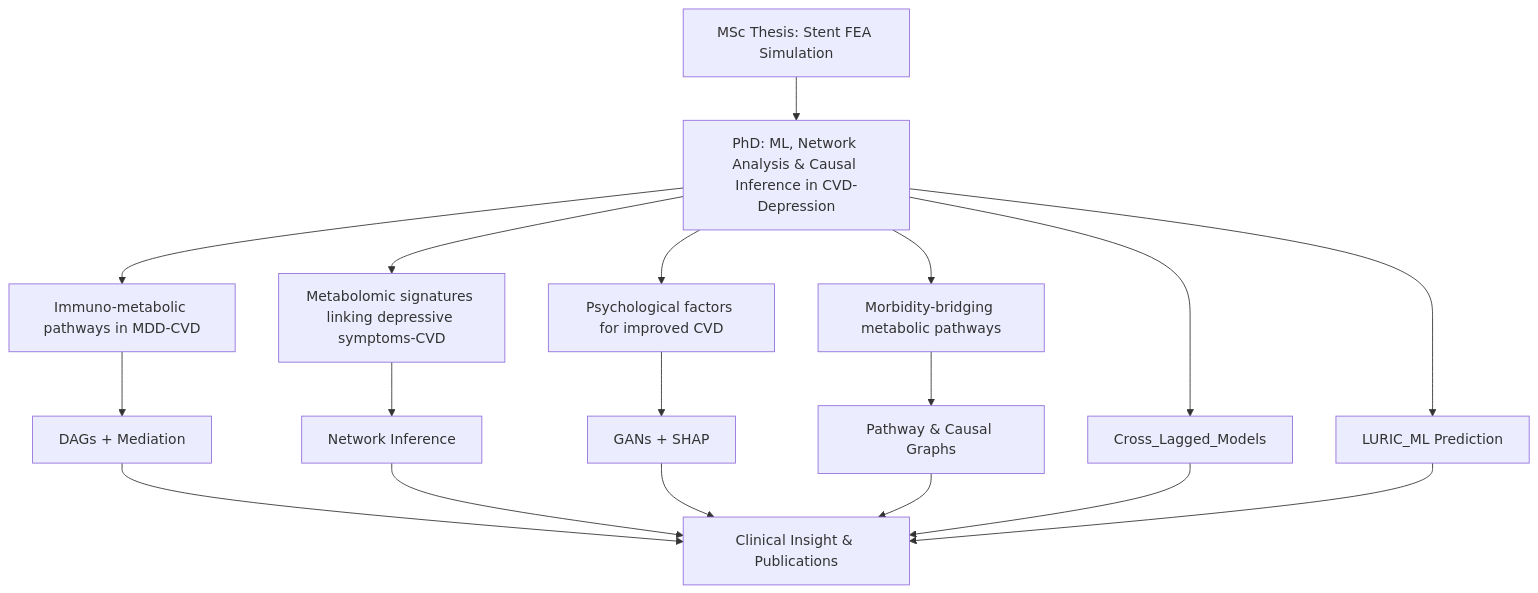
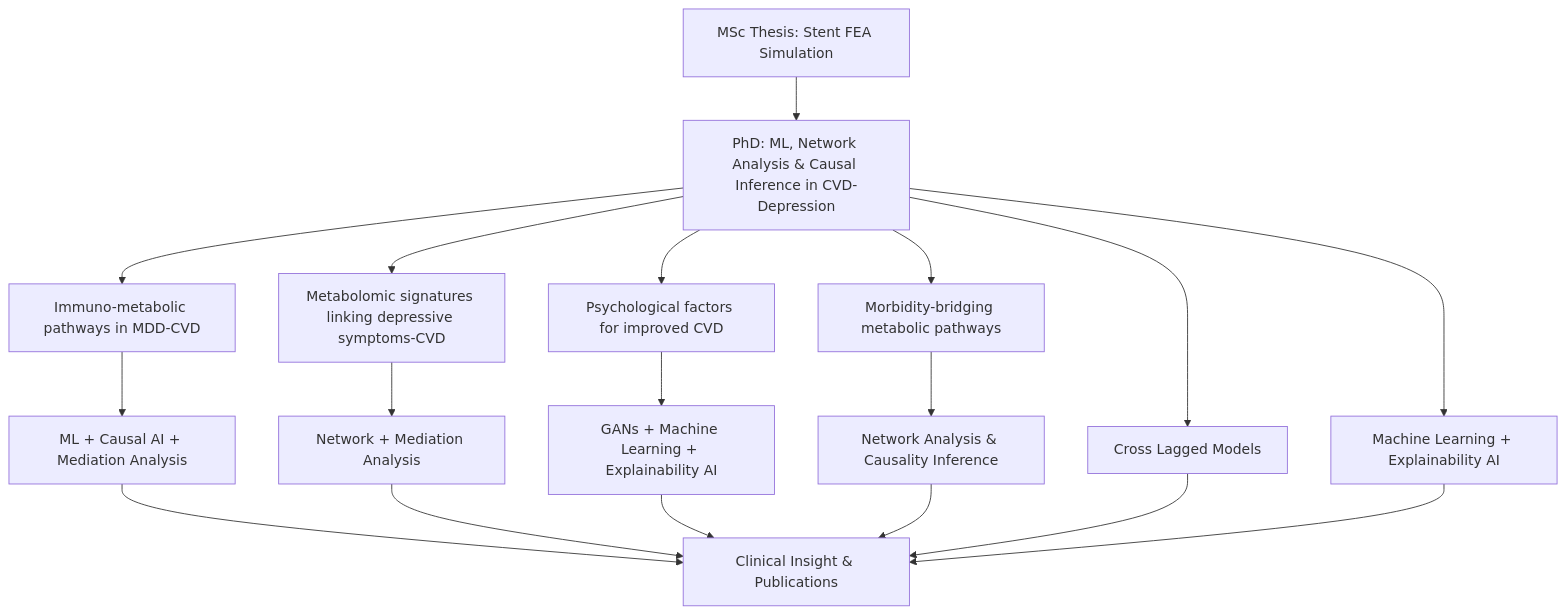
Before and after one commit to AngelaKoloi/Biomedical-Data-Science-Research: the diagram in README.md, drawn with Mermaid.

````diff
--- a/README.md
+++ b/README.md
@@ -17,20 +17,20 @@
 ```mermaid
 graph TD
     A[MSc Thesis: Stent FEA Simulation] --> B[PhD: ML, Network Analysis & Causal Inference in CVD-Depression]
     B --> C[Psychological factors for improved CVD]
     B --> D[Metabolomic signatures linking depressive symptoms-CVD]
     B --> E[Morbidity-bridging metabolic pathways]
     B --> F[Immuno-metabolic pathways in MDD-CVD]
-    C --> G[GANs + SHAP]
-    D --> H[Network Inference]
-    E --> I[Pathway & Causal Graphs]
-    F --> J[DAGs + Mediation]
+    C --> G[GANs + Machine Learning + Explainability AI]
+    D --> H[Network + Mediation Analysis]
+    E --> I[Network Analysis & Causality Inference]
+    F --> J[ML + Causal AI + Mediation Analysis]
     J --> K[Clinical Insight & Publications]
     H --> K
     G --> K
     I --> K
-    B --> L[Cross_Lagged_Models]
+    B --> L[Cross Lagged Models]
     L --> K
-    B --> M[LURIC_ML Prediction]
+    B --> M[Machine Learning + Explainability AI]
     M --> K
 ```
````
